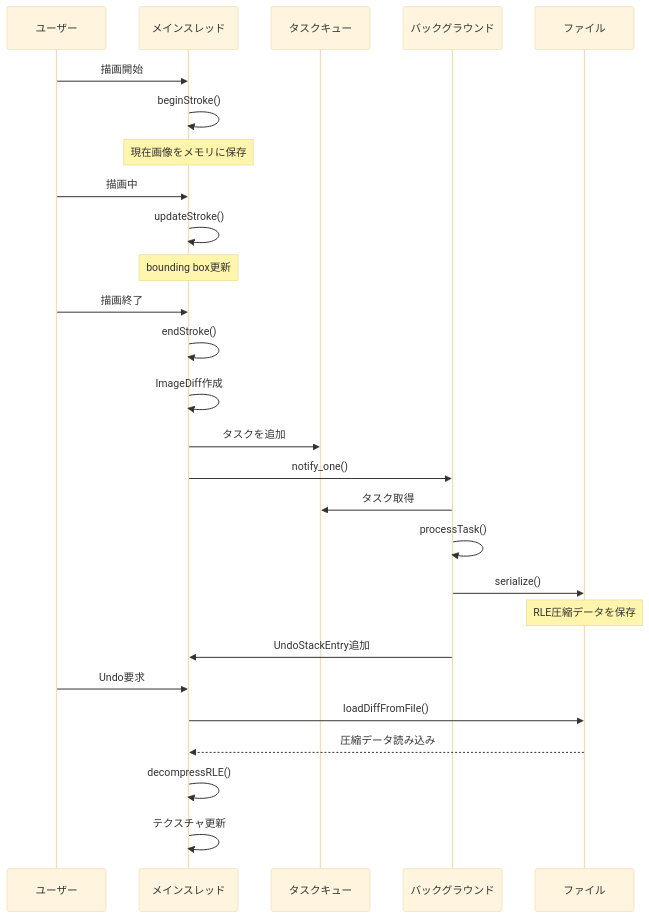
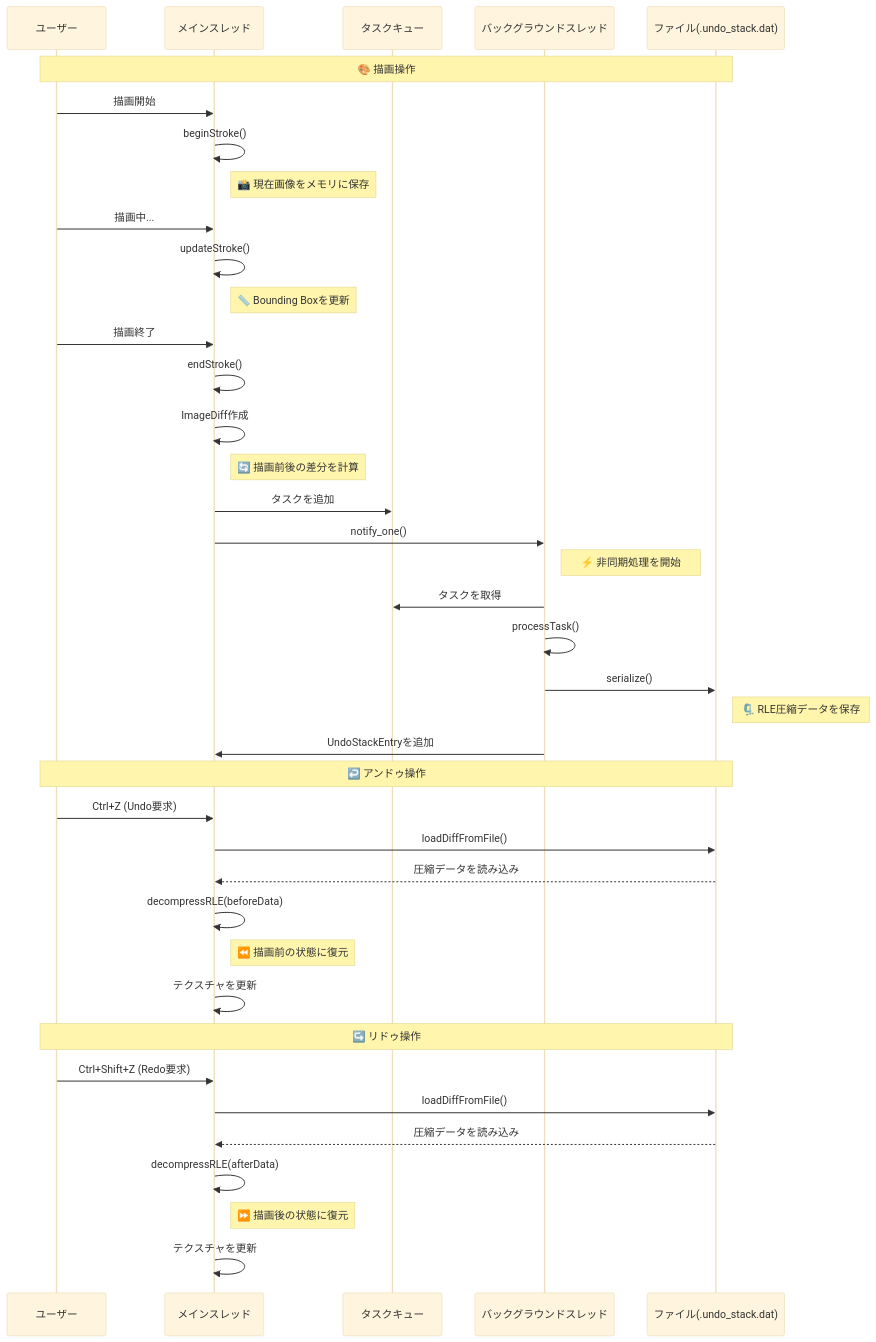
Before and after one commit to 17931837B/tinyPaint: the diagram in ex05/ReadMe.md, drawn with Mermaid (base theme). The commit also changed other lines of this file and 3 other files, not shown here.

````diff
--- a/ex05/ReadMe.md
+++ b/ex05/ReadMe.md
@@ -181,34 +93,47 @@
 ```mermaid
 sequenceDiagram
     participant User as ユーザー
     participant Main as メインスレッド
     participant Queue as タスクキュー
-    participant BG as バックグラウンド
-    participant File as ファイル
-    
+    participant BG as バックグラウンドスレッド
+    participant File as ファイル(.undo_stack.dat)
+
+    Note over User,File: 🎨 描画操作
     User->>Main: 描画開始
     Main->>Main: beginStroke()
-    Note over Main: 現在画像をメモリに保存
+    Note right of Main: 📸 現在画像をメモリに保存
     
-    User->>Main: 描画中
+    User->>Main: 描画中...
     Main->>Main: updateStroke()
-    Note over Main: bounding box更新
+    Note right of Main: 📏 Bounding Boxを更新
     
     User->>Main: 描画終了
     Main->>Main: endStroke()
     Main->>Main: ImageDiff作成
+    Note right of Main: 🔄 描画前後の差分を計算
     Main->>Queue: タスクを追加
     Main->>BG: notify_one()
+    Note right of BG: ⚡ 非同期処理を開始
     
-    BG->>Queue: タスク取得
+    BG->>Queue: タスクを取得
     BG->>BG: processTask()
     BG->>File: serialize()
-    Note over File: RLE圧縮データを保存
-    BG->>Main: UndoStackEntry追加
+    Note right of File: 🗜️ RLE圧縮データを保存
+    BG->>Main: UndoStackEntryを追加
     
-    User->>Main: Undo要求
+    Note over User,File: ↩️ アンドゥ操作
+    User->>Main: Ctrl+Z (Undo要求)
     Main->>File: loadDiffFromFile()
-    File-->>Main: 圧縮データ読み込み
-    Main->>Main: decompressRLE()
-    Main->>Main: テクスチャ更新
+    File-->>Main: 圧縮データを読み込み
+    Main->>Main: decompressRLE(beforeData)
+    Note right of Main: ⏪ 描画前の状態に復元
+    Main->>Main: テクスチャを更新
+    
+    Note over User,File: ↪️ リドゥ操作
+    User->>Main: Ctrl+Shift+Z (Redo要求)
+    Main->>File: loadDiffFromFile()
+    File-->>Main: 圧縮データを読み込み
+    Main->>Main: decompressRLE(afterData)
+    Note right of Main: ⏩ 描画後の状態に復元
+    Main->>Main: テクスチャを更新
 ```
````
